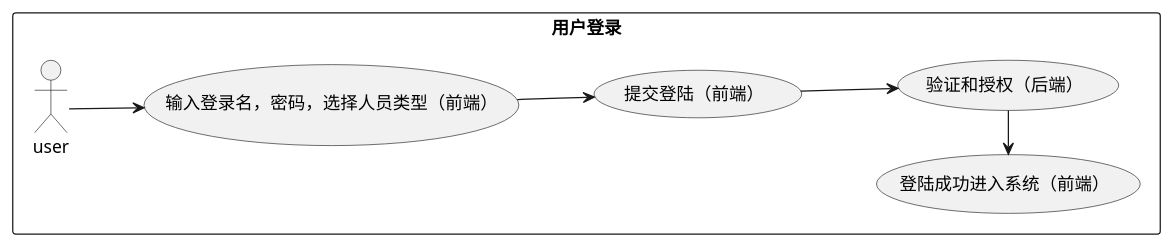
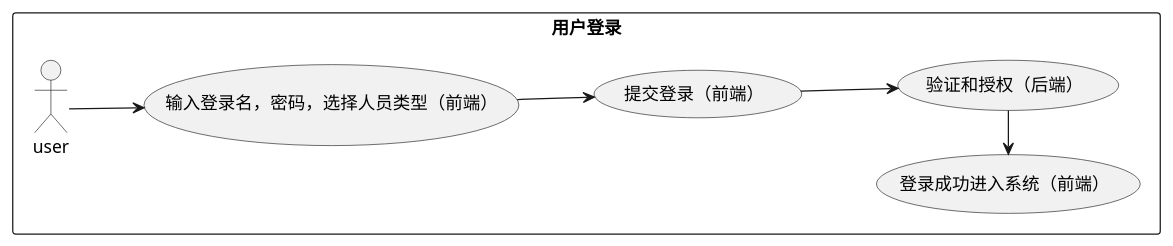
One commit to swithun-liu/scoring_system changed the diagram in documents/latexPaper_/uml/用例图/1-用户登录用例图.puml. Above: the diagram before and after it, drawn with PlantUML. The commit also changed 19 other files, not shown here.

```diff
--- a/documents/latexPaper_/uml/用例图/1-用户登录用例图.puml
+++ b/documents/latexPaper_/uml/用例图/1-用户登录用例图.puml
@@ -1,15 +1,15 @@
 @startuml
 left to right direction
 rectangle "用户登录" {
     actor user
     usecase input as "输入登录名，密码，选择人员类型（前端）"
-    usecase submit as "提交登陆（前端）"
+    usecase submit as "提交登录（前端）"
     usecase check as "验证和授权（后端）"
-    usecase ok as "登陆成功进入系统（前端）"
+    usecase ok as "登录成功进入系统（前端）"
     user --> input
     input --> submit
     submit -down-> check
     check -left-> ok
 }
 
 @enduml
```
